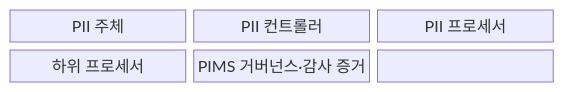
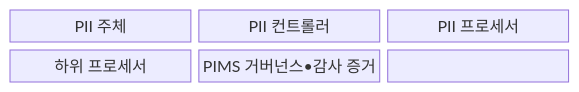
One commit to agnusdei1207/knowledge-base changed the first of 2 diagrams in src/content/docs/notes/07-law-policy/030_iso_27701.md. Above: the diagram before and after it, drawn with Mermaid. The commit also changed other lines of this file and 953 other files, not shown here.

````diff
--- a/src/content/docs/notes/07-law-policy/030_iso_27701.md
+++ b/src/content/docs/notes/07-law-policy/030_iso_27701.md
@@ -68,11 +68,11 @@
 ```mermaid
 block-beta
   columns 3
   N0["PII 주체"]
   N1["PII 컨트롤러"]
   N2["PII 프로세서"]
   N3["하위 프로세서"]
-  N4["PIMS 거버넌스·감사 증거"]
+  N4["PIMS 거버넌스•감사 증거"]
   N0 --- N1 --- N2
   N2 --- N3 --- N4
 ```
````
